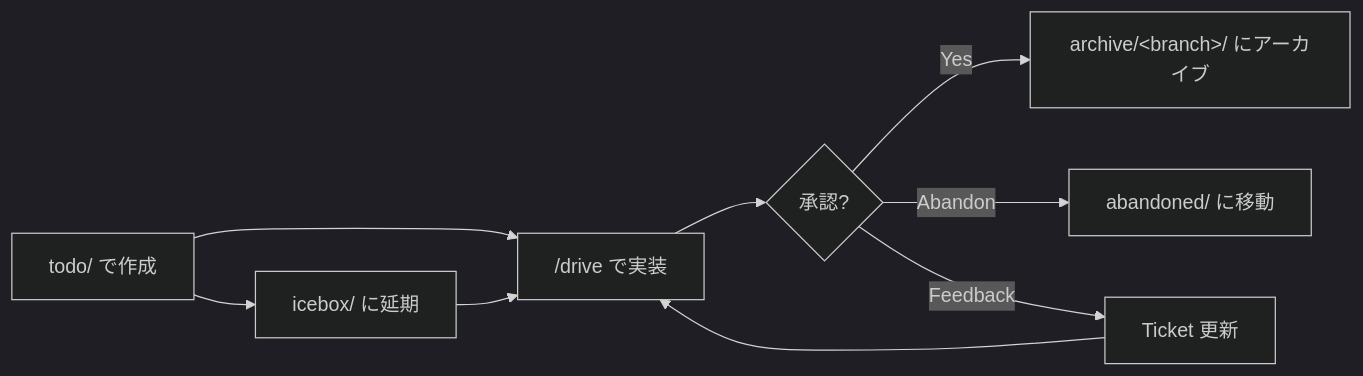
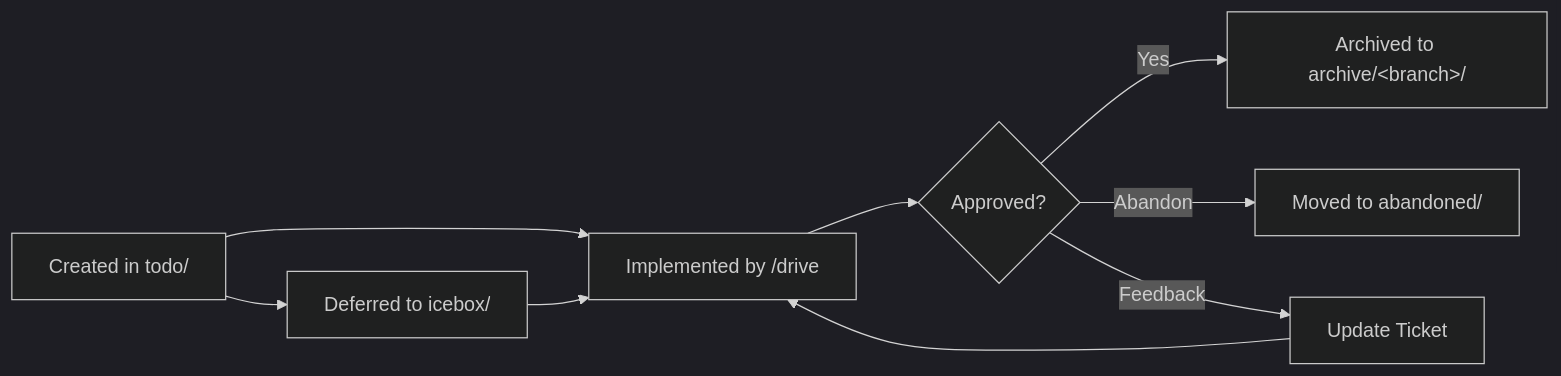
Before and after one commit to qmu/workaholic: the third of 6 diagrams in .workaholic/specs/data_ja.md, drawn with Mermaid (dark theme). The commit also changed other lines of this file and 36 other files, not shown here.

````diff
--- a/.workaholic/specs/data_ja.md
+++ b/.workaholic/specs/data_ja.md
@@ -366,11 +392,11 @@
 ```mermaid
 flowchart LR
-    Create["todo/ で作成"] --> Drive["/drive で実装"]
-    Drive --> Approve{承認?}
-    Approve -->|Yes| Archive["archive/&lt;branch&gt;/ にアーカイブ"]
-    Approve -->|Abandon| Abandoned["abandoned/ に移動"]
-    Approve -->|Feedback| Update["Ticket 更新"]
+    Create["Created in todo/"] --> Drive["Implemented by /drive"]
+    Drive --> Approve{Approved?}
+    Approve -->|Yes| Archive["Archived to archive/&lt;branch&gt;/"]
+    Approve -->|Abandon| Abandoned["Moved to abandoned/"]
+    Approve -->|Feedback| Update["Update Ticket"]
     Update --> Drive
-    Create --> Icebox["icebox/ に延期"]
+    Create --> Icebox["Deferred to icebox/"]
     Icebox --> Drive
 ```
````
